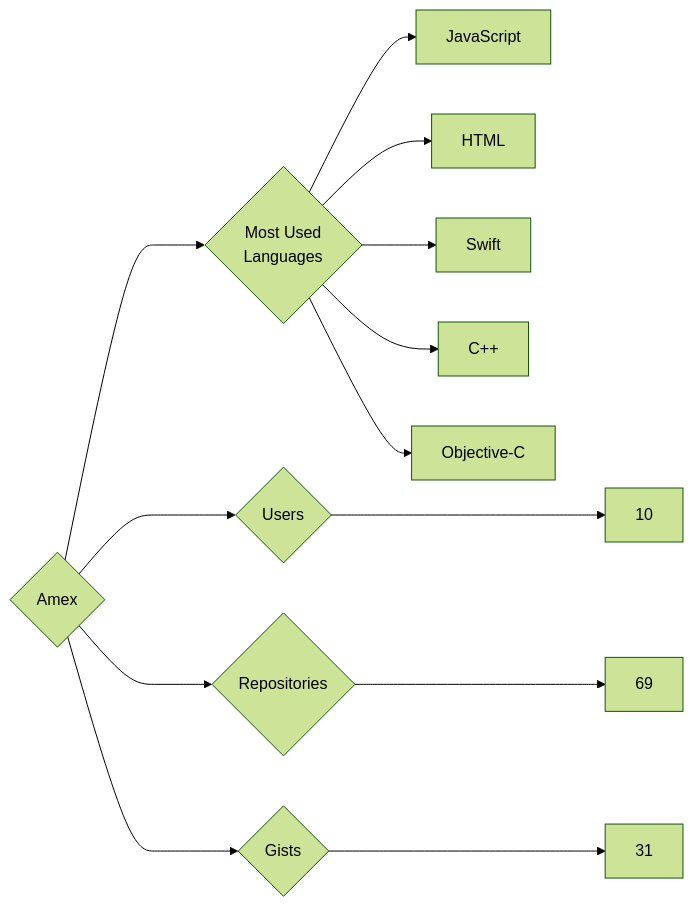
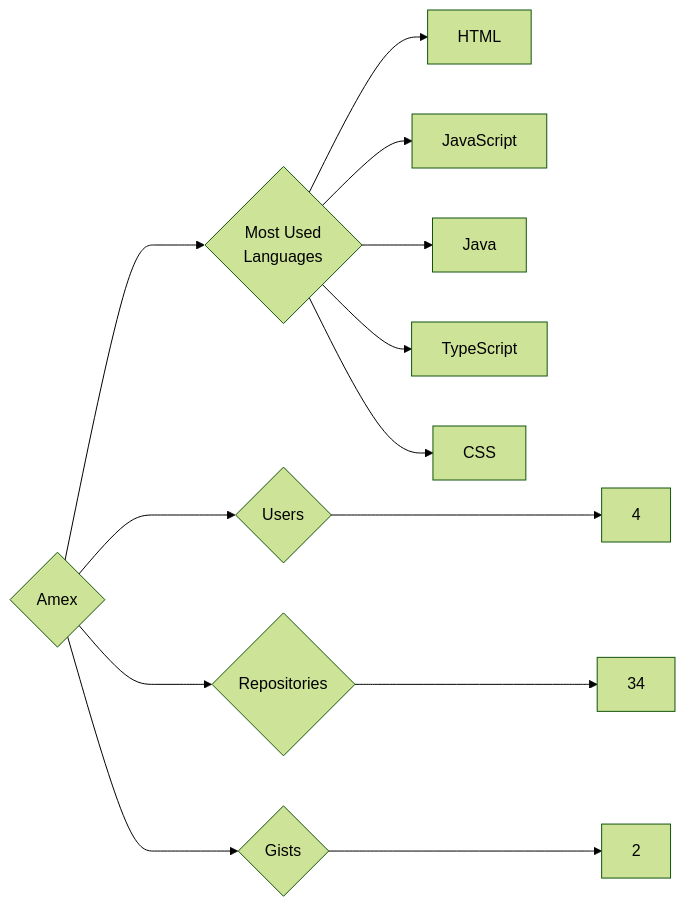
One commit to trickest/insiders changed the diagram in targets/Amex/README.md. Above: the diagram before and after it, drawn with Mermaid (forest theme). The commit also changed 815 other files, not shown here.

````diff
--- a/targets/Amex/README.md
+++ b/targets/Amex/README.md
@@ -3,13 +3,13 @@
 ```mermaid
 graph LR
 COMPANY_NAME{Amex}
-COMPANY_NAME ---> U{Users} ---> UN[10]
-COMPANY_NAME ---> R{Repositories} ---> RN[69]
-COMPANY_NAME ---> G{Gists} ---> GN[31]
+COMPANY_NAME ---> U{Users} ---> UN[4]
+COMPANY_NAME ---> R{Repositories} ---> RN[34]
+COMPANY_NAME ---> G{Gists} ---> GN[2]
 COMPANY_NAME ---> ML{Most Used<br>Languages}
+ML --> HTML[HTML]
 ML --> JavaScript[JavaScript]
-ML --> HTML[HTML]
-ML --> Swift[Swift]
-ML --> C++[C++]
-ML --> Objective-C[Objective-C]
+ML --> Java[Java]
+ML --> TypeScript[TypeScript]
+ML --> CSS[CSS]
 ```
````
